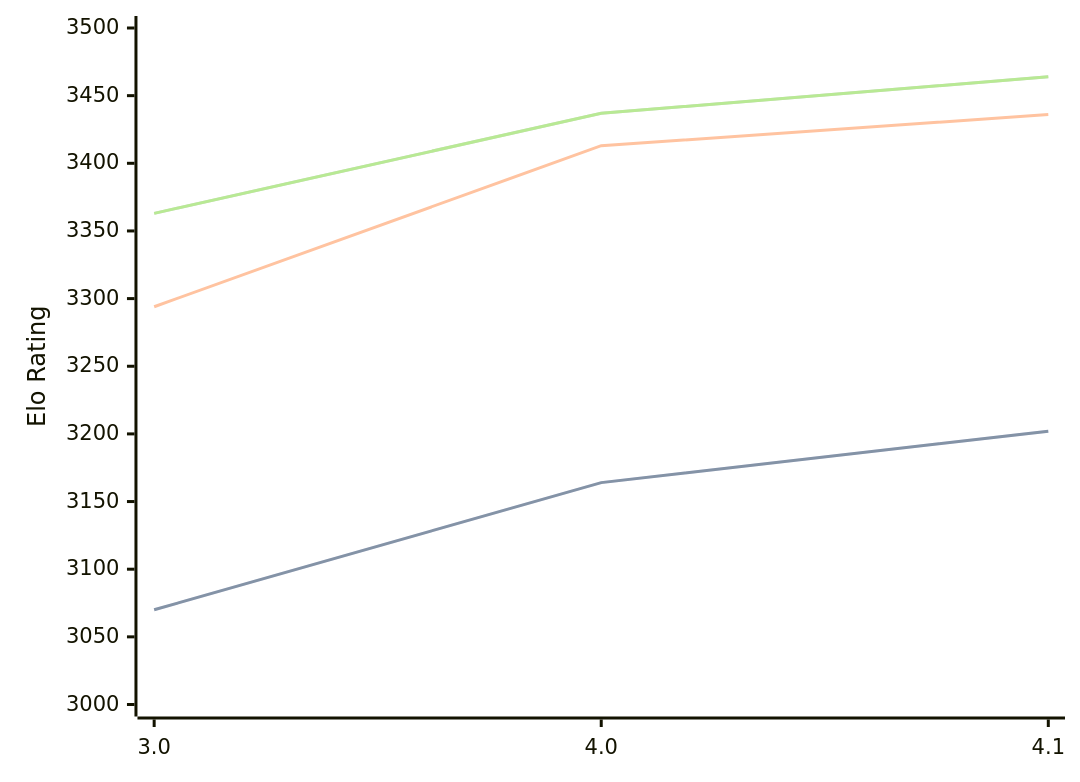
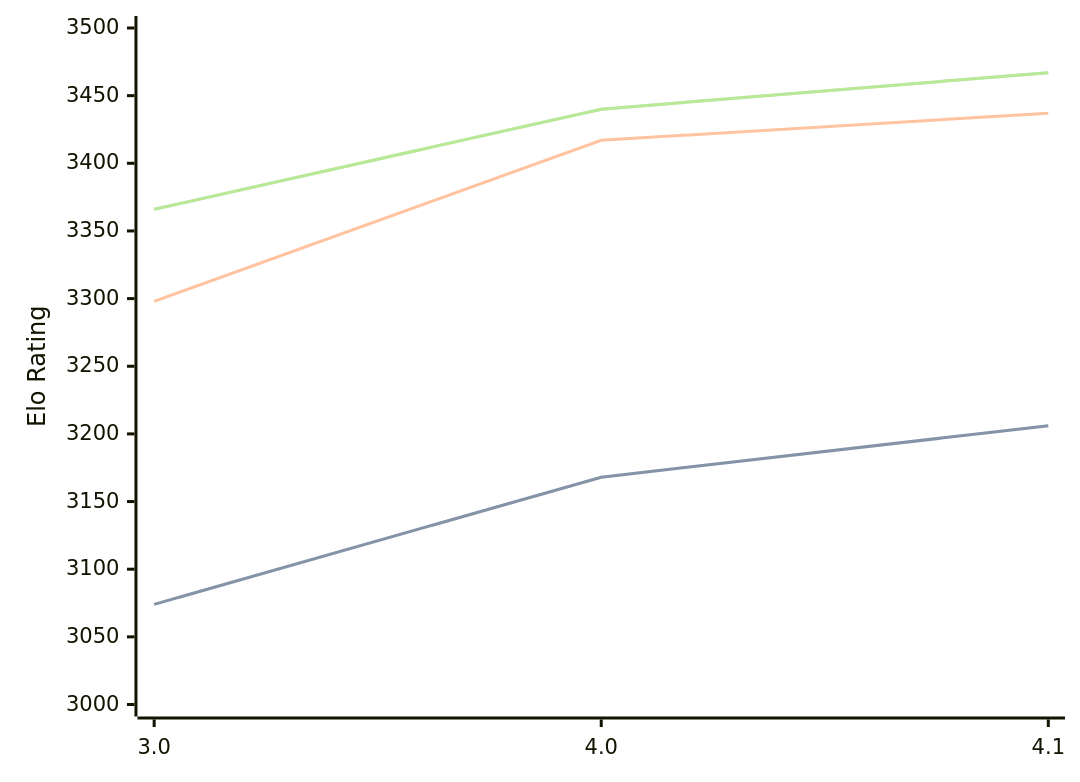
The diagram in engines/Eleanor.md (computer-chess-index/cci), drawn with Mermaid before and after one commit. The commit also changed other lines of this file, not shown here.

Commit message:
Update CCI Ratings (ELO VLTC) - 2026-05-02

````diff
--- a/engines/Eleanor.md
+++ b/engines/Eleanor.md
@@ -35,11 +35,11 @@
 ```mermaid
 %%{init: {"theme":"base","themeVariables":{"seriesColors:['#a3a3a3','#222221','#faa371']}}}%%
 xychart-beta
   x-axis ["3.0", "4.0", "4.1"]
   y-axis "Elo Rating" 3000 --> 3500
-  line "STC (8.0+0.08s)" [3070, 3164, 3202]
-  line "STC (8.0+0.08s)" [3070, 3164, 3202]
-  line "LTC (60.0+0.60s)" [3294, 3413, 3436]
-  line "VLTC (2m24s+1.12s)" [3363, 3437, 3464]
-  line "VLTC (2m24s+1.12s)" [3363, 3437, 3464]
+  line "STC (8.0+0.08s)" [3074, 3168, 3206]
+  line "STC (8.0+0.08s)" [3074, 3168, 3206]
+  line "LTC (60.0+0.60s)" [3298, 3417, 3437]
+  line "VLTC (2m24s+1.12s)" [3366, 3440, 3467]
+  line "VLTC (2m24s+1.12s)" [3366, 3440, 3467]
 ```
````
